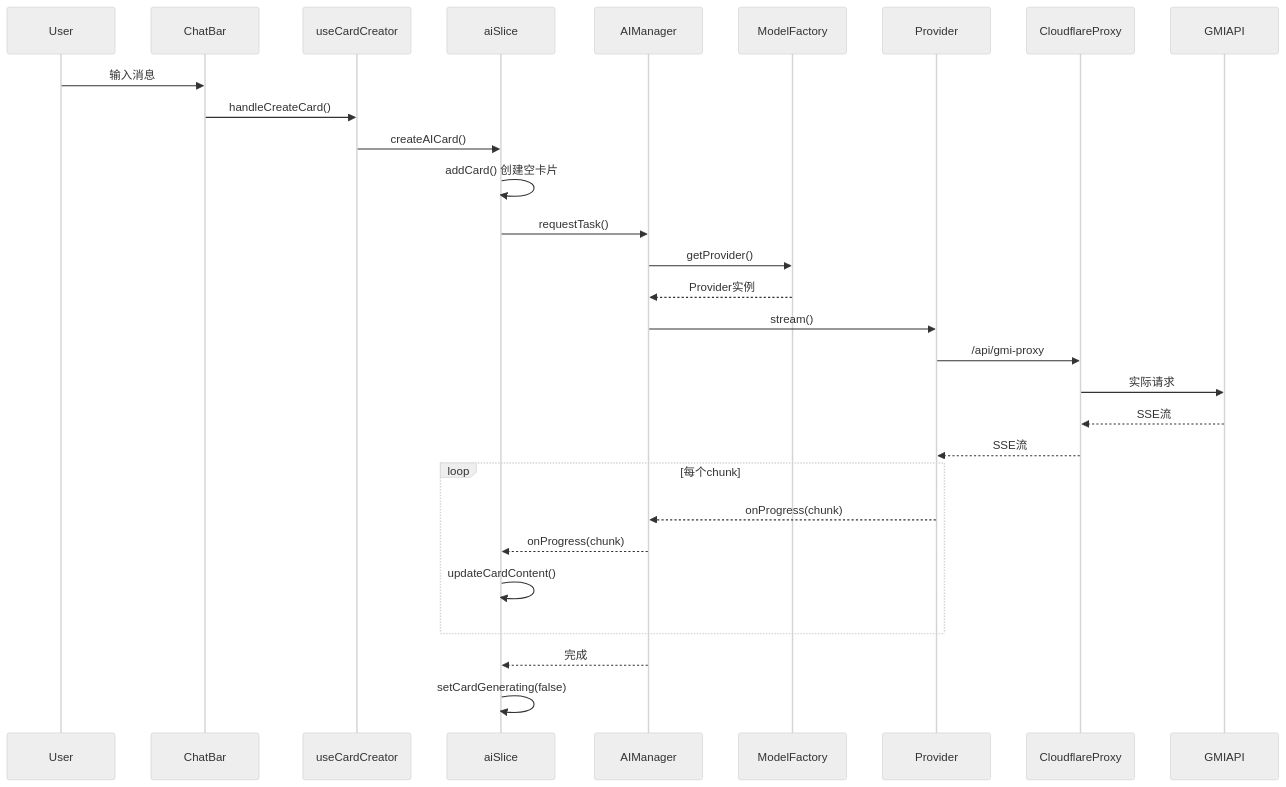
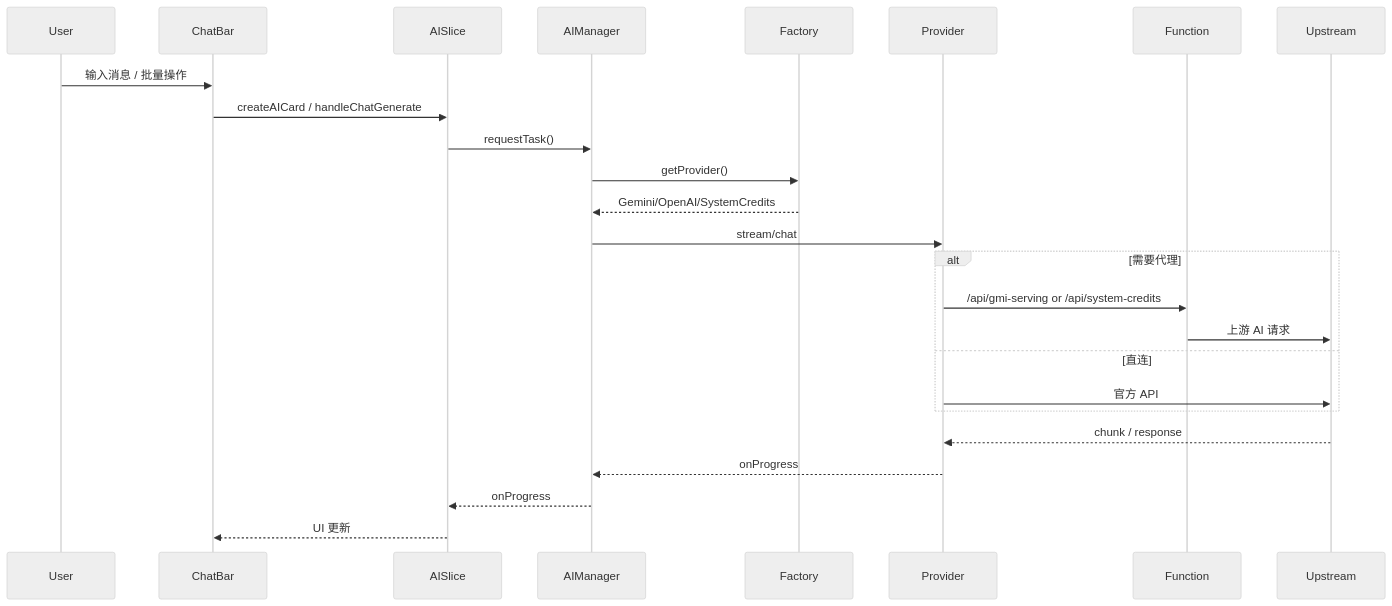
One commit to sorrow233/nexmap changed the second of 3 diagrams in docs/ARCHITECTURE.md. Above: the diagram before and after it, drawn with Mermaid (neutral theme). The commit also changed other lines of this file and 14 other files, not shown here.

````diff
--- a/docs/ARCHITECTURE.md
+++ b/docs/ARCHITECTURE.md
@@ -65,32 +78,28 @@
 ```mermaid
 sequenceDiagram
     participant User
     participant ChatBar
-    participant useCardCreator
-    participant aiSlice
+    participant AISlice
     participant AIManager
-    participant ModelFactory
+    participant Factory
     participant Provider
-    participant CloudflareProxy
-    participant GMIAPI
-    
-    User->>ChatBar: 输入消息
-    ChatBar->>useCardCreator: handleCreateCard()
-    useCardCreator->>aiSlice: createAICard()
-    aiSlice->>aiSlice: addCard() 创建空卡片
-    aiSlice->>AIManager: requestTask()
-    AIManager->>ModelFactory: getProvider()
-    ModelFactory-->>AIManager: Provider实例
-    AIManager->>Provider: stream()
-    Provider->>CloudflareProxy: /api/gmi-proxy
-    CloudflareProxy->>GMIAPI: 实际请求
-    GMIAPI-->>CloudflareProxy: SSE流
-    CloudflareProxy-->>Provider: SSE流
-    loop 每个chunk
-        Provider-->>AIManager: onProgress(chunk)
-        AIManager-->>aiSlice: onProgress(chunk)
-        aiSlice->>aiSlice: updateCardContent()
+    participant Function
+    participant Upstream
+
+    User->>ChatBar: 输入消息 / 批量操作
+    ChatBar->>AISlice: createAICard / handleChatGenerate
+    AISlice->>AIManager: requestTask()
+    AIManager->>Factory: getProvider()
+    Factory-->>AIManager: Gemini/OpenAI/SystemCredits
+    AIManager->>Provider: stream/chat
+    alt 需要代理
+        Provider->>Function: /api/gmi-serving or /api/system-credits
+        Function->>Upstream: 上游 AI 请求
+    else 直连
+        Provider->>Upstream: 官方 API
     end
-    AIManager-->>aiSlice: 完成
-    aiSlice->>aiSlice: setCardGenerating(false)
+    Upstream-->>Provider: chunk / response
+    Provider-->>AIManager: onProgress
+    AIManager-->>AISlice: onProgress
+    AISlice-->>ChatBar: UI 更新
 ```
````
